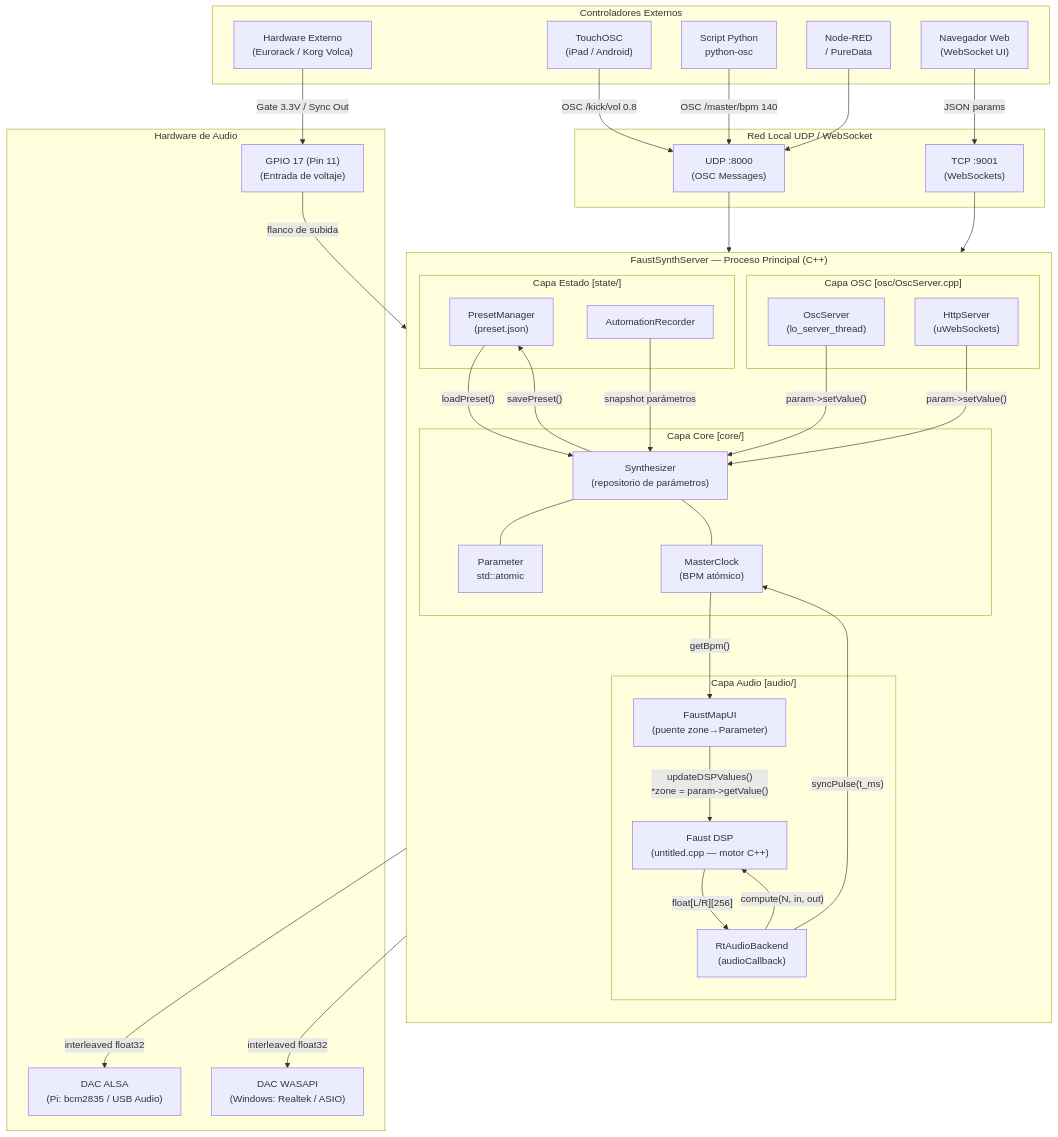
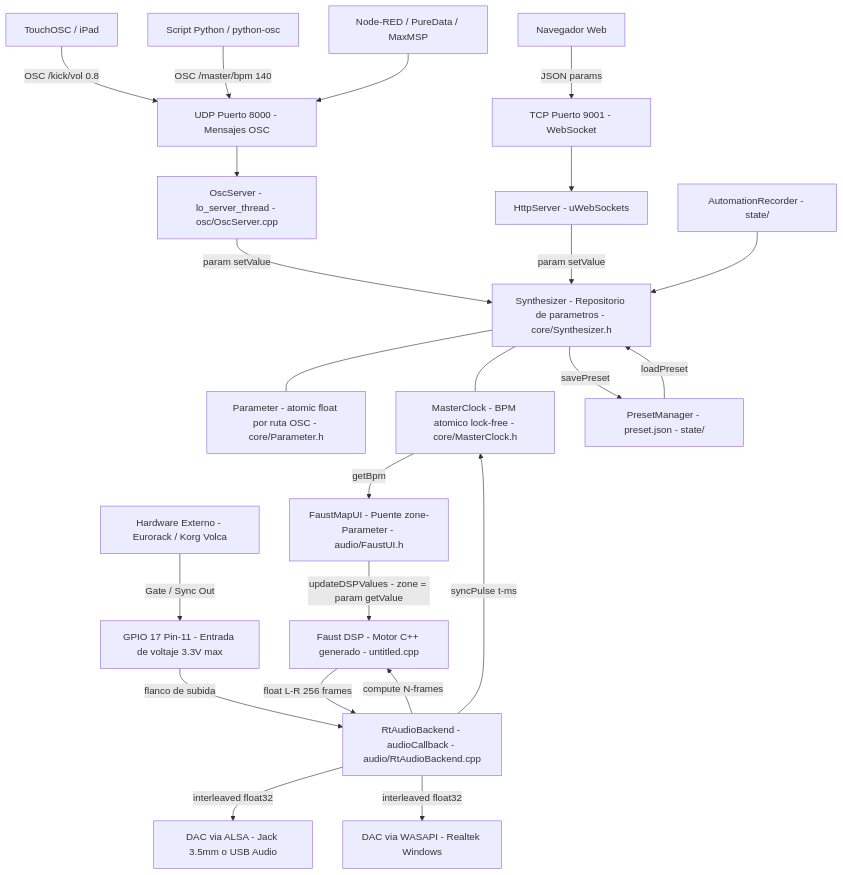
One commit to Zann181/sintetizador changed the first of 12 diagrams in README.md. Above: the diagram before and after it, drawn with Mermaid. The commit also changed other lines of this file, not shown here.

````diff
--- a/README.md
+++ b/README.md
@@ -46,74 +59,54 @@
 ```mermaid
-graph TB
-    subgraph EXTERNOS["Controladores Externos"]
-        TOUCHOSC["TouchOSC\n(iPad / Android)"]
-        PYTHON["Script Python\npython-osc"]
-        NODERED["Node-RED\n/ PureData"]
-        HARDWARE["Hardware Externo\n(Eurorack / Korg Volca)"]
-        WEB["Navegador Web\n(WebSocket UI)"]
-    end
+graph TD
+    TOUCHOSC["TouchOSC / iPad"]
+    PYTHON["Script Python / python-osc"]
+    NODERED["Node-RED / PureData / MaxMSP"]
+    HARDWARE_EXT["Hardware Externo - Eurorack / Korg Volca"]
+    WEB_CLIENT["Navegador Web"]
 
-    subgraph RED["Red Local UDP / WebSocket"]
-        OSC_UDP["UDP :8000\n(OSC Messages)"]
-        WS_PORT["TCP :9001\n(WebSockets)"]
-    end
+    OSC_UDP["UDP Puerto 8000 - Mensajes OSC"]
+    WS_TCP["TCP Puerto 9001 - WebSocket"]
+    GPIO_IN["GPIO 17 Pin-11 - Entrada de voltaje 3.3V max"]
 
-    subgraph SERVIDOR["FaustSynthServer — Proceso Principal (C++)"]
-        direction TB
+    OSC_SERVER["OscServer - lo_server_thread - osc/OscServer.cpp"]
+    HTTP_SERVER["HttpServer - uWebSockets"]
+    SYNTH["Synthesizer - Repositorio de parametros - core/Synthesizer.h"]
+    MASTERCLOCK["MasterClock - BPM atomico lock-free - core/MasterClock.h"]
+    PARAM["Parameter - atomic float por ruta OSC - core/Parameter.h"]
+    FAUSTUI["FaustMapUI - Puente zone-Parameter - audio/FaustUI.h"]
+    RTAUDIO["RtAudioBackend - audioCallback - audio/RtAudioBackend.cpp"]
+    FAUSTDSP["Faust DSP - Motor C++ generado - untitled.cpp"]
+    PRESET["PresetManager - preset.json - state/"]
+    RECORDER["AutomationRecorder - state/"]
 
-        subgraph OSC_LAYER["Capa OSC  [osc/OscServer.cpp]"]
-            OSC_SERVER["OscServer\n(lo_server_thread)"]
-            HTTP_SERVER["HttpServer\n(uWebSockets)"]
-        end
-
-        subgraph CORE_LAYER["Capa Core  [core/]"]
-            SYNTH["Synthesizer\n(repositorio de parámetros)"]
-            MASTERCLOCK["MasterClock\n(BPM atómico)"]
-            PARAM["Parameter\nstd::atomic<float>"]
-        end
-
-        subgraph AUDIO_LAYER["Capa Audio  [audio/]"]
-            FAUSTUI["FaustMapUI\n(puente zone→Parameter)"]
-            RTAUDIO["RtAudioBackend\n(audioCallback)"]
-            FAUSTDSP["Faust DSP\n(untitled.cpp — motor C++)"]
-        end
-
-        subgraph STATE_LAYER["Capa Estado  [state/]"]
-            PRESET["PresetManager\n(preset.json)"]
-            RECORDER["AutomationRecorder"]
-        end
-    end
-
-    subgraph HARDWARE_AUDIO["Hardware de Audio"]
-        DAC_PI["DAC ALSA\n(Pi: bcm2835 / USB Audio)"]
-        DAC_WIN["DAC WASAPI\n(Windows: Realtek / ASIO)"]
-        GPIO_PIN["GPIO 17 (Pin 11)\n(Entrada de voltaje)"]
-    end
+    DAC_ALSA["DAC via ALSA - Jack 3.5mm o USB Audio"]
+    DAC_WIN["DAC via WASAPI - Realtek Windows"]
 
     TOUCHOSC -->|"OSC /kick/vol 0.8"| OSC_UDP
     PYTHON -->|"OSC /master/bpm 140"| OSC_UDP
     NODERED --> OSC_UDP
-    WEB -->|"JSON params"| WS_PORT
-    HARDWARE -->|"Gate 3.3V / Sync Out"| GPIO_PIN
+    WEB_CLIENT -->|"JSON params"| WS_TCP
+    HARDWARE_EXT -->|"Gate / Sync Out"| GPIO_IN
 
     OSC_UDP --> OSC_SERVER
-    WS_PORT --> HTTP_SERVER
-    OSC_SERVER -->|"param->setValue()"| SYNTH
-    HTTP_SERVER -->|"param->setValue()"| SYNTH
+    WS_TCP --> HTTP_SERVER
+    OSC_SERVER -->|"param setValue"| SYNTH
+    HTTP_SERVER -->|"param setValue"| SYNTH
+
     SYNTH --- PARAM
     SYNTH --- MASTERCLOCK
 
-    GPIO_PIN -->|"flanco de subida"| RTAUDIO
-    RTAUDIO -->|"syncPulse(t_ms)"| MASTERCLOCK
-    MASTERCLOCK -->|"getBpm()"| FAUSTUI
-    FAUSTUI -->|"updateDSPValues()\n*zone = param->getValue()"| FAUSTDSP
-    RTAUDIO -->|"compute(N, in, out)"| FAUSTDSP
+    GPIO_IN -->|"flanco de subida"| RTAUDIO
+    RTAUDIO -->|"syncPulse t-ms"| MASTERCLOCK
+    MASTERCLOCK -->|"getBpm"| FAUSTUI
+    FAUSTUI -->|"updateDSPValues - zone = param getValue"| FAUSTDSP
+    RTAUDIO -->|"compute N-frames"| FAUSTDSP
 
-    PRESET -->|"loadPreset()"| SYNTH
-    SYNTH -->|"savePreset()"| PRESET
-    RECORDER -->|"snapshot parámetros"| SYNTH
+    PRESET -->|"loadPreset"| SYNTH
+    SYNTH -->|"savePreset"| PRESET
+    RECORDER --> SYNTH
 
-    FAUSTDSP -->|"float[L/R][256]"| RTAUDIO
-    RTAUDIO -->|"interleaved float32"| DAC_PI
+    FAUSTDSP -->|"float L-R 256 frames"| RTAUDIO
+    RTAUDIO -->|"interleaved float32"| DAC_ALSA
     RTAUDIO -->|"interleaved float32"| DAC_WIN
 ```
````
